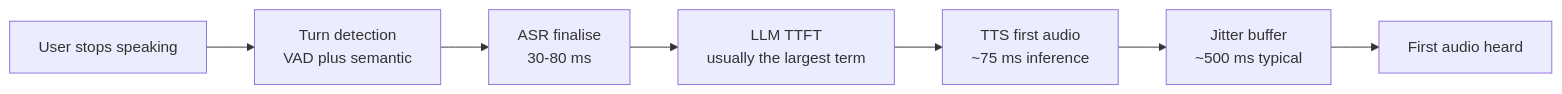
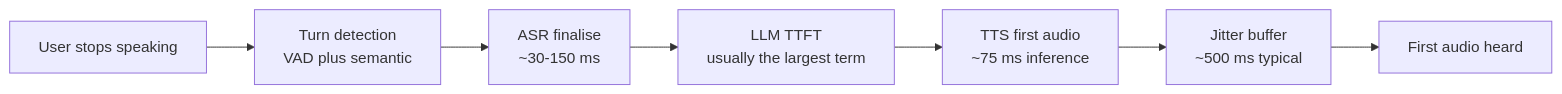
Before and after one commit to mmousom/AI-Engineer-Interview-Questions: the first of 6 diagrams in 14-company-interview-questions/elevenlabs.md, drawn with Mermaid. The commit also changed other lines of this file and 32 other files, not shown here.

````diff
--- a/14-company-interview-questions/elevenlabs.md
+++ b/14-company-interview-questions/elevenlabs.md
@@ -82,9 +83,9 @@
 ```mermaid
 flowchart LR
     A["User stops speaking"] --> B["Turn detection<br/>VAD plus semantic"]
-    B --> C["ASR finalise<br/>30-80 ms"]
+    B --> C["ASR finalise<br/>~30-150 ms"]
     C --> D["LLM TTFT<br/>usually the largest term"]
     D --> E["TTS first audio<br/>~75 ms inference"]
     E --> F["Jitter buffer<br/>~500 ms typical"]
     F --> G["First audio heard"]
 ```
````
